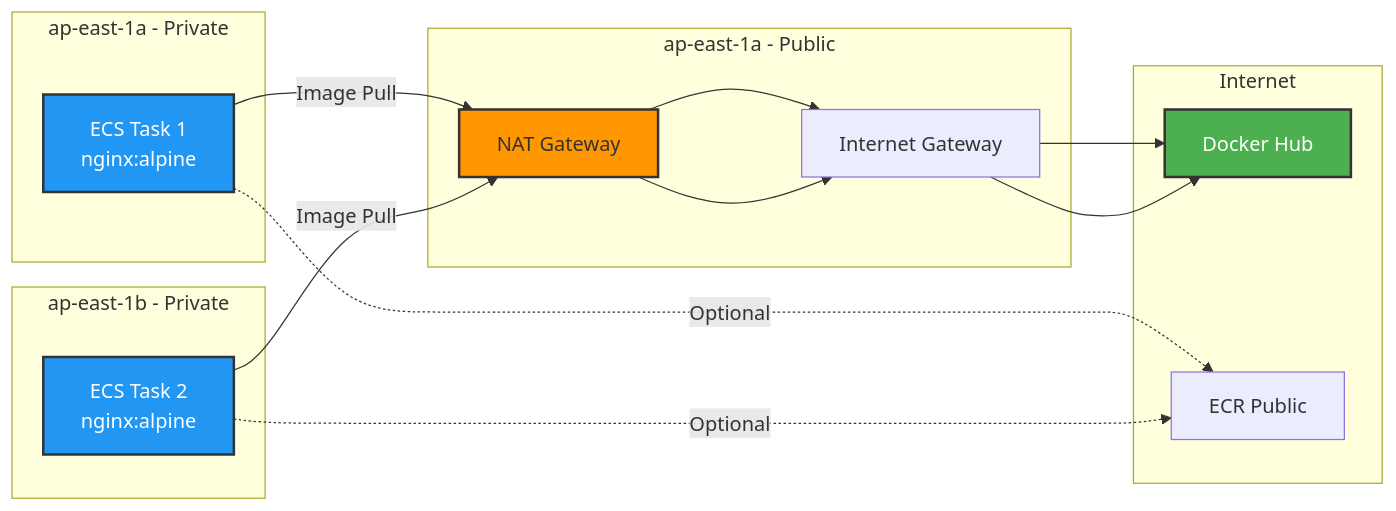
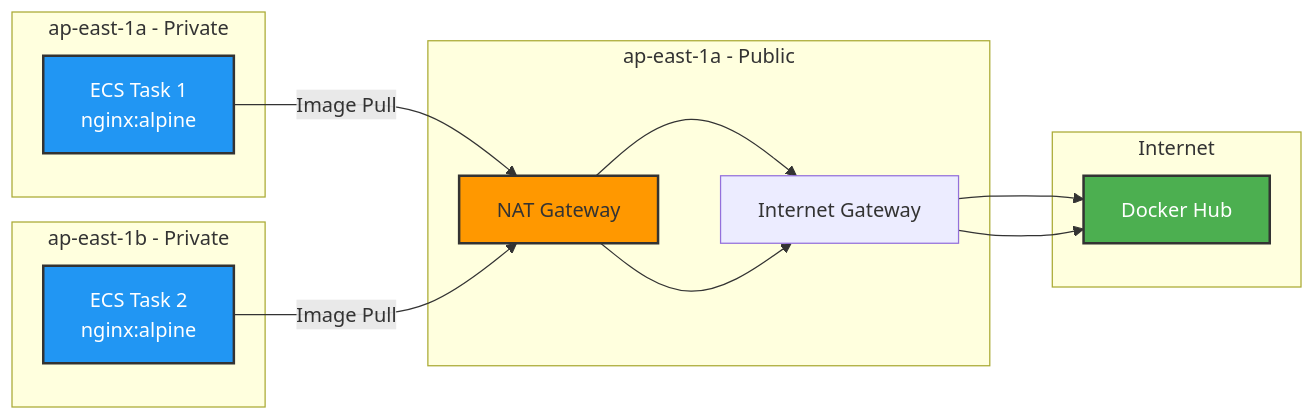
Before and after one commit to hogan-kang/ohpm-repo-deploy: the second of 6 diagrams in ARCHITECTURE.md, drawn with Mermaid. The commit also changed other lines of this file and 5 other files, not shown here.

````diff
--- a/ARCHITECTURE.md
+++ b/ARCHITECTURE.md
@@ -85,31 +52,27 @@
 ```mermaid
 graph LR
     subgraph Internet[Internet]
         DockerHub[Docker Hub]
-        ECRPublic[ECR Public]
     end
 
     subgraph PrivateAZ1[ap-east-1a - Private]
         Task1[ECS Task 1<br/>nginx:alpine]
     end
 
     subgraph PrivateAZ2[ap-east-1b - Private]
         Task2[ECS Task 2<br/>nginx:alpine]
     end
 
     subgraph PublicAZ1[ap-east-1a - Public]
         NAT[NAT Gateway]
         IGW[Internet Gateway]
     end
 
     Task1 -->|Image Pull| NAT --> IGW --> DockerHub
     Task2 -->|Image Pull| NAT --> IGW --> DockerHub
 
-    Task1 -.->|Optional| ECRPublic
-    Task2 -.->|Optional| ECRPublic
-
     style DockerHub fill:#4CAF50,stroke:#333,stroke-width:2px,color:#fff
     style NAT fill:#FF9800,stroke:#333,stroke-width:2px
     style Task1 fill:#2196F3,stroke:#333,stroke-width:2px,color:#fff
     style Task2 fill:#2196F3,stroke:#333,stroke-width:2px,color:#fff
 ```
````
